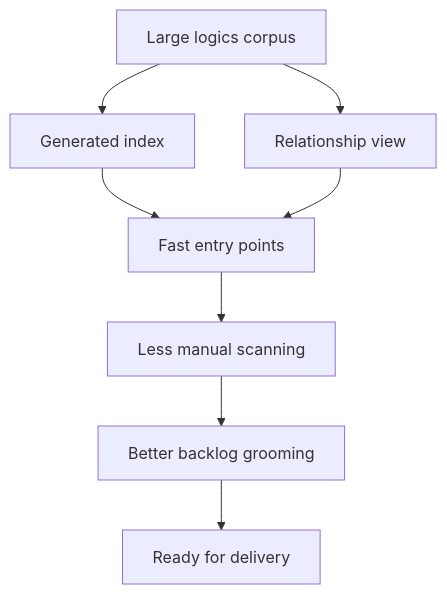
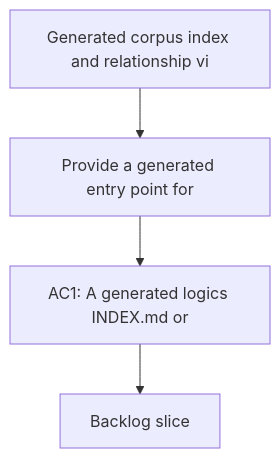
Before and after one commit to AlexAgo83/logics-manager: the diagram in logics/request/req_134_generated_corpus_index_and_relationship_views.md, drawn with Mermaid. The commit also changed other lines of this file and 481 other files, not shown here.

````diff
--- a/logics/request/req_134_generated_corpus_index_and_relationship_views.md
+++ b/logics/request/req_134_generated_corpus_index_and_relationship_views.md
@@ -27,12 +27,8 @@
 ```mermaid
 %% logics-kind: request
 %% logics-signature: request|generated-corpus-index-and-relationship-|provide-a-generated-entry-point-for|ac1-a-generated-logics-index-md-or
 flowchart TD
-    A[Large logics corpus] --> B[Generated index]
-    A --> C[Relationship view]
-    B --> D[Fast entry points]
-    C --> D
-    D --> E[Less manual scanning]
-    E --> F[Better backlog grooming]
-    F --> G[Ready for delivery]
+    Trigger[Generated corpus index and relationship vi] --> Need[Provide a generated entry point for]
+    Need --> Outcome[AC1: A generated logics INDEX.md or]
+    Outcome --> Backlog[Backlog slice]
 ```
````
